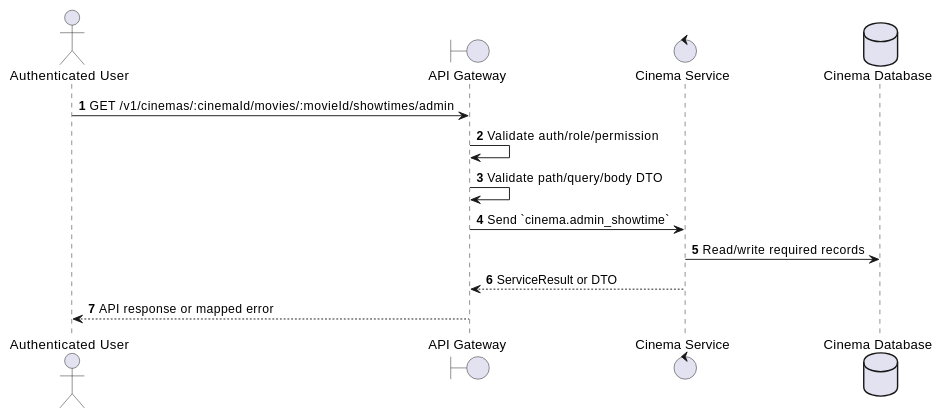
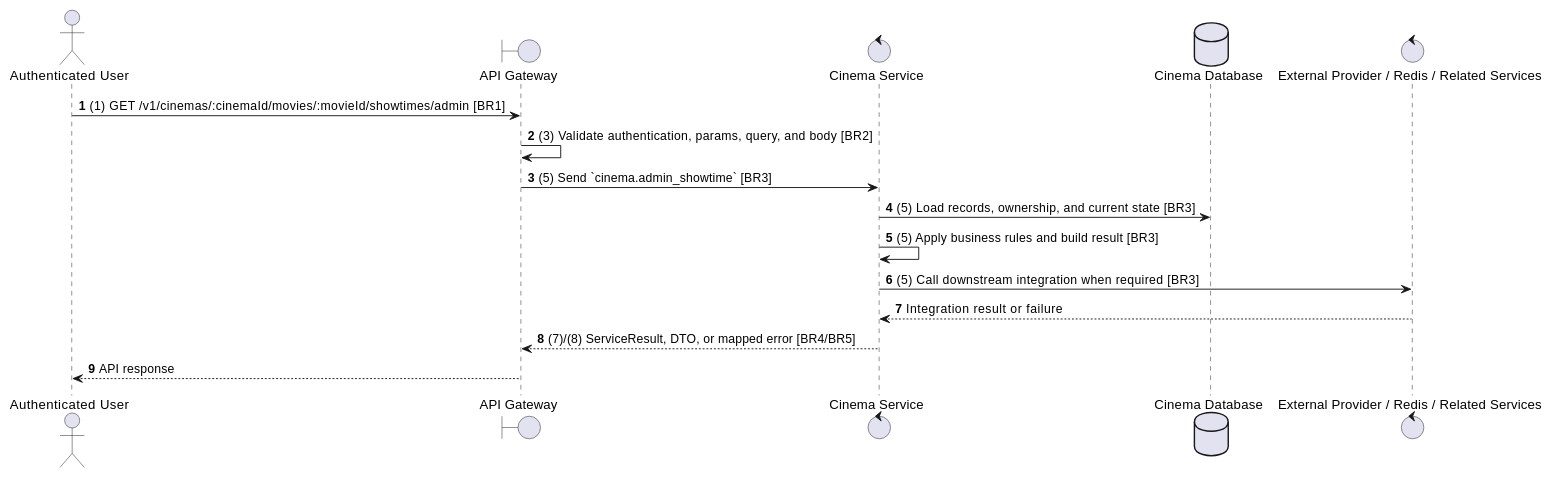
Before and after one commit to Tanh1603/movie-hub-architecture: the second of 2 diagrams in docs/functional_specs/3.4_Showtime_Scheduling/ST-08_Admin_Get_Showtimes.md, drawn with PlantUML. The commit also changed other lines of this file and 129 other files, not shown here.

````diff
--- a/docs/functional_specs/3.4_Showtime_Scheduling/ST-08_Admin_Get_Showtimes.md
+++ b/docs/functional_specs/3.4_Showtime_Scheduling/ST-08_Admin_Get_Showtimes.md
@@ -17,17 +64,20 @@
 ```plantuml
 @startuml
 autonumber
 actor "Authenticated User" as Actor
 boundary "API Gateway" as GW
 control "Cinema Service" as SVC
 database "Cinema Database" as DB
+control "External Provider / Redis / Related Services" as EXT
 
-Actor -> GW: GET /v1/cinemas/:cinemaId/movies/:movieId/showtimes/admin
-GW -> GW: Validate auth/role/permission
-GW -> GW: Validate path/query/body DTO
-GW -> SVC: Send `cinema.admin_showtime`
-SVC -> DB: Read/write required records
-SVC --> GW: ServiceResult or DTO
-GW --> Actor: API response or mapped error
+Actor -> GW: (1) GET /v1/cinemas/:cinemaId/movies/:movieId/showtimes/admin [BR1]
+GW -> GW: (3) Validate authentication, params, query, and body [BR2]
+GW -> SVC: (5) Send `cinema.admin_showtime` [BR3]
+SVC -> DB: (5) Load records, ownership, and current state [BR3]
+SVC -> SVC: (5) Apply business rules and build result [BR3]
+SVC -> EXT: (5) Call downstream integration when required [BR3]
+EXT --> SVC: Integration result or failure
+SVC --> GW: (7)/(8) ServiceResult, DTO, or mapped error [BR4/BR5]
+GW --> Actor: API response
 @enduml
 ```
````
